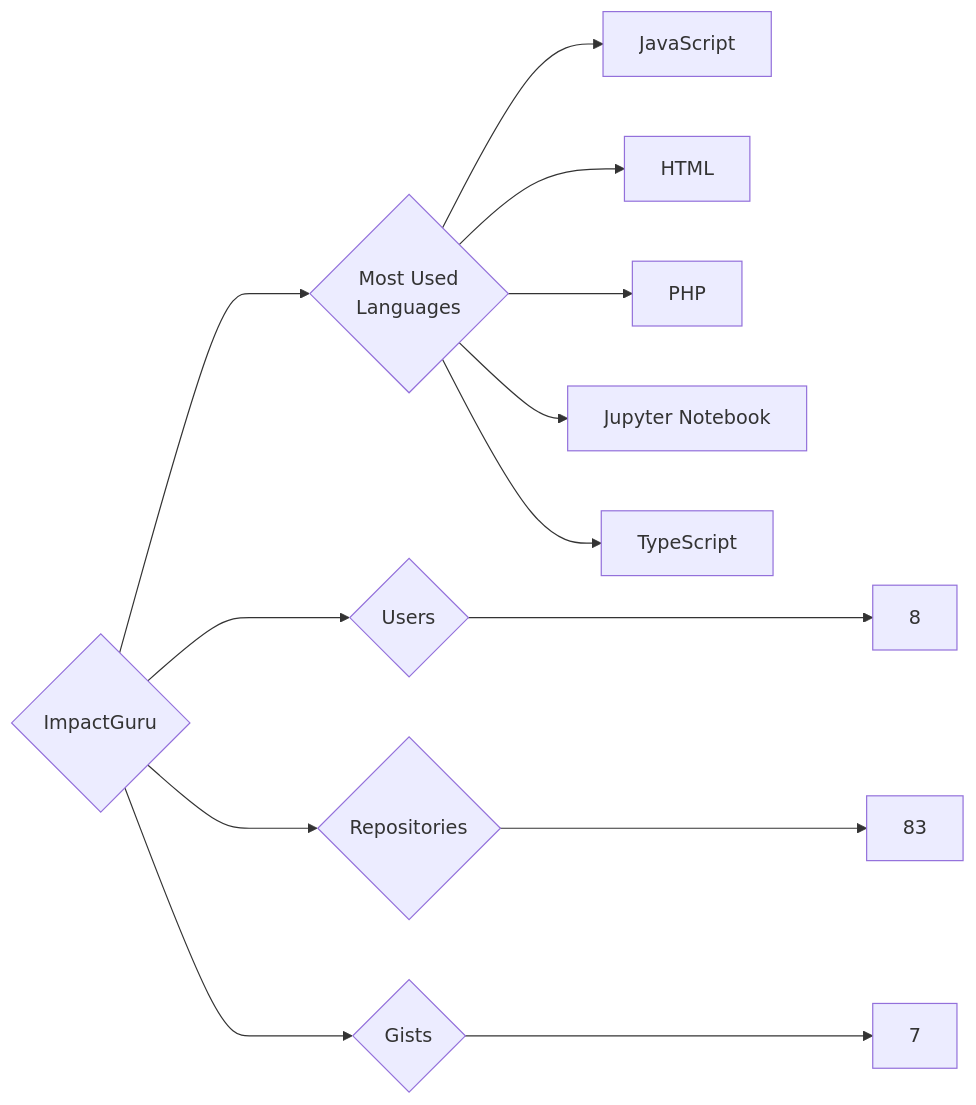
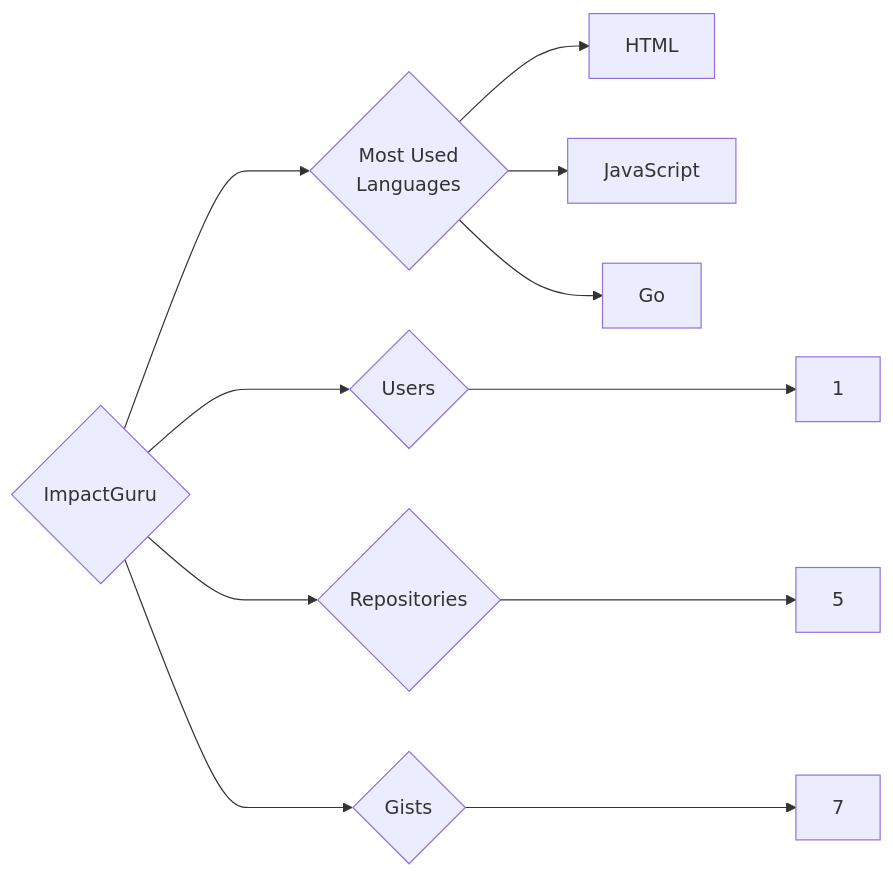
The diagram in targets/ImpactGuru/README.md (trickest/insiders), drawn with Mermaid before and after one commit. The commit also changed 1089 other files, not shown here.

````diff
--- a/targets/ImpactGuru/README.md
+++ b/targets/ImpactGuru/README.md
@@ -3,13 +3,11 @@
 ```mermaid
 graph LR
 COMPANY_NAME{ImpactGuru}
-COMPANY_NAME ---> U{Users} ---> UN[8]
-COMPANY_NAME ---> R{Repositories} ---> RN[83]
+COMPANY_NAME ---> U{Users} ---> UN[1]
+COMPANY_NAME ---> R{Repositories} ---> RN[5]
 COMPANY_NAME ---> G{Gists} ---> GN[7]
 COMPANY_NAME ---> ML{Most Used<br>Languages}
+ML --> HTML[HTML]
 ML --> JavaScript[JavaScript]
-ML --> HTML[HTML]
-ML --> PHP[PHP]
-ML --> Jupyter_Notebook[Jupyter Notebook]
-ML --> TypeScript[TypeScript]
+ML --> Go[Go]
 ```
````
